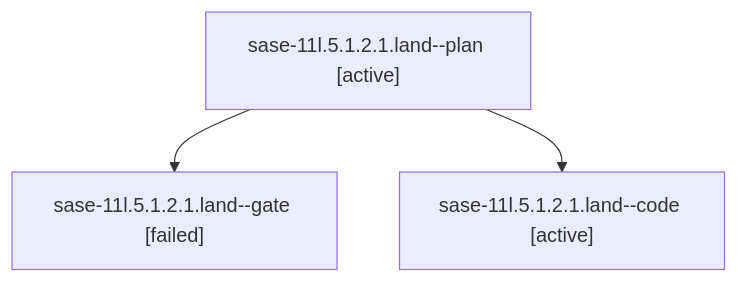
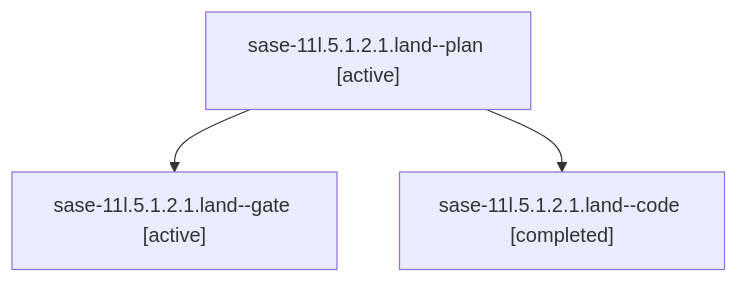
Before and after one commit to sase-org/sase--agents: the diagram in families/bbugyi200.athena.sase-11l.5.1.2.1.land.md, drawn with Mermaid. The commit also changed other lines of this file and 159 other files, not shown here.

````diff
--- a/families/bbugyi200.athena.sase-11l.5.1.2.1.land.md
+++ b/families/bbugyi200.athena.sase-11l.5.1.2.1.land.md
@@ -9,8 +9,8 @@
 ```mermaid
 flowchart TD
   n0["sase-11l.5.1.2.1.land--plan [active]"]
-  n1["sase-11l.5.1.2.1.land--gate [failed]"]
+  n1["sase-11l.5.1.2.1.land--gate [active]"]
   n0 --> n1
-  n2["sase-11l.5.1.2.1.land--code [active]"]
+  n2["sase-11l.5.1.2.1.land--code [completed]"]
   n0 --> n2
 ```
````
